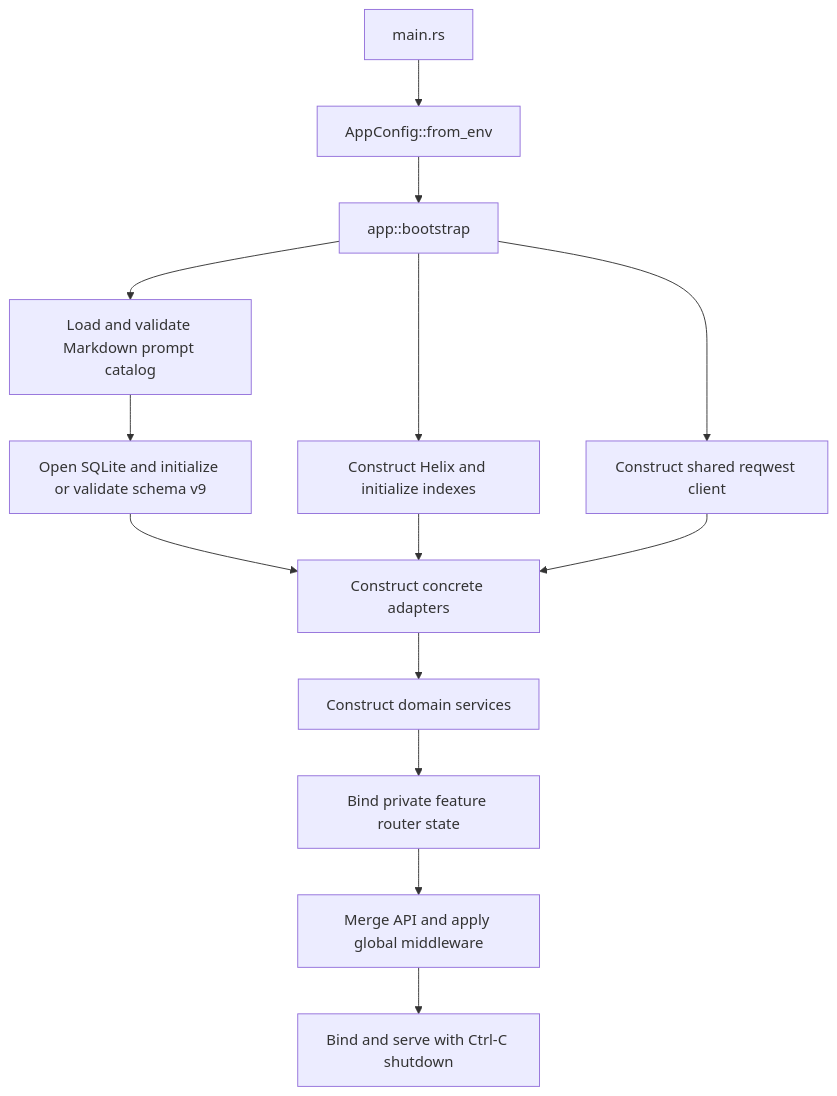
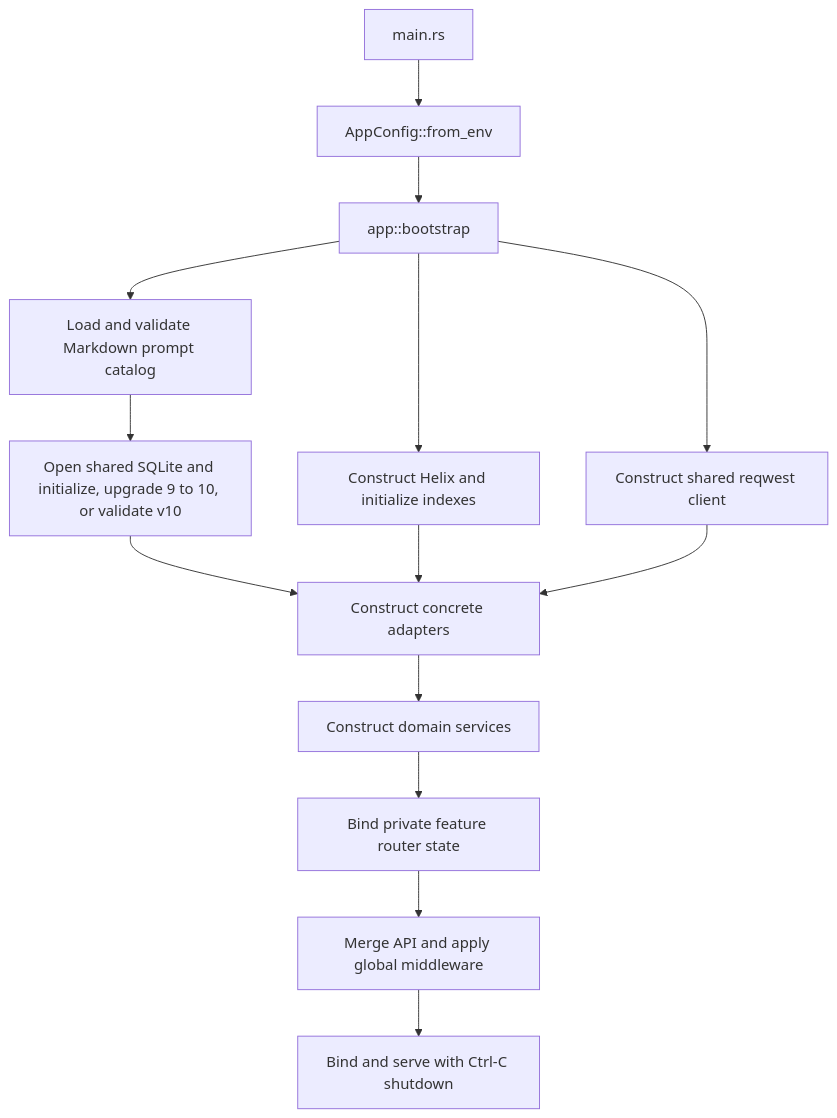
The second of 3 diagrams in docs/ARCHITECTURE.md (ratik-gambhir-WM/Quarry), drawn with Mermaid before and after one commit. The commit also changed other lines of this file and 220 other files, not shown here.

````diff
--- a/docs/ARCHITECTURE.md
+++ b/docs/ARCHITECTURE.md
@@ -867,16 +909,16 @@
 ```mermaid
 flowchart TD
     Main[main.rs] --> Config[AppConfig::from_env]
     Config --> Bootstrap[app::bootstrap]
     Bootstrap --> Prompts[Load and validate Markdown prompt catalog]
-    Prompts --> Sqlite[Open SQLite and initialize or validate schema v9]
+    Prompts --> Sqlite[Open shared SQLite and initialize, upgrade 9 to 10, or validate v10]
     Bootstrap --> Helix[Construct Helix and initialize indexes]
     Bootstrap --> Http[Construct shared reqwest client]
     Sqlite --> Adapters[Construct concrete adapters]
     Helix --> Adapters
     Http --> Adapters
     Adapters --> Domains[Construct domain services]
     Domains --> FeatureRouters[Bind private feature router state]
     FeatureRouters --> Router[Merge API and apply global middleware]
     Router --> Serve[Bind and serve with Ctrl-C shutdown]
 ```
````
